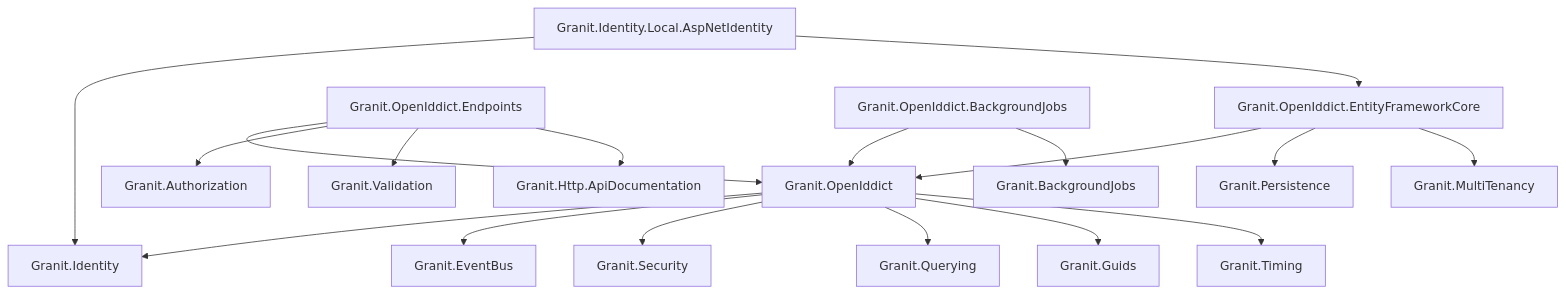
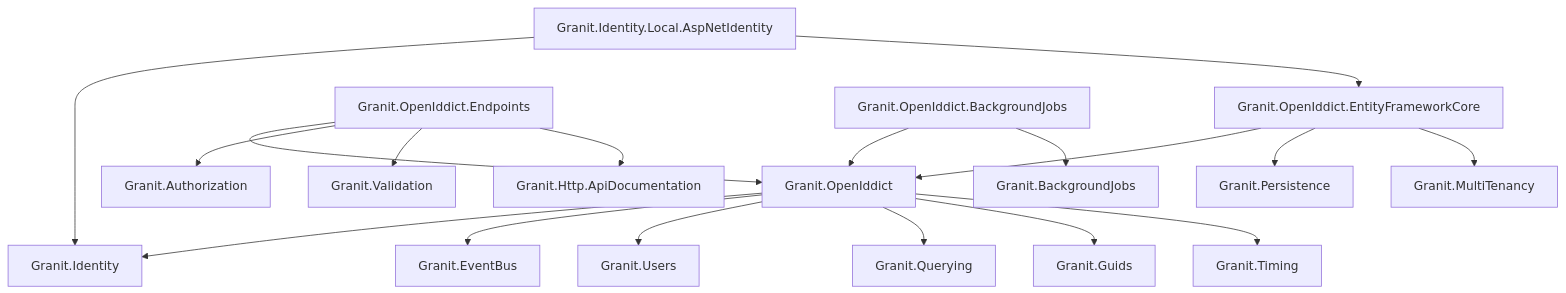
Before and after one commit to enraiz/granit-dotnet: the diagram in docs-site/src/content/docs/dotnet/security/openiddict/index.mdx, drawn with Mermaid. The commit also changed 2074 other files, not shown here.

````diff
--- a/docs-site/src/content/docs/dotnet/security/openiddict/index.mdx
+++ b/docs-site/src/content/docs/dotnet/security/openiddict/index.mdx
@@ -55,24 +55,24 @@
 ```mermaid
 graph TD
     OID[Granit.OpenIddict] --> IDEN[Granit.Identity]
     OID --> EVT[Granit.EventBus]
-    OID --> SEC[Granit.Security]
+    OID --> SEC[Granit.Users]
     OID --> QRY[Granit.Querying]
     OID --> GID[Granit.Guids]
     OID --> TIM[Granit.Timing]
 
     EFC[Granit.OpenIddict.EntityFrameworkCore] --> OID
     EFC --> PER[Granit.Persistence]
     EFC --> MT[Granit.MultiTenancy]
 
     IOID[Granit.Identity.Local.AspNetIdentity] --> IDEN
     IOID --> EFC
 
     EP[Granit.OpenIddict.Endpoints] --> OID
     EP --> AZ[Granit.Authorization]
     EP --> VAL[Granit.Validation]
     EP --> DOC[Granit.Http.ApiDocumentation]
 
     BG[Granit.OpenIddict.BackgroundJobs] --> OID
     BG --> BJ[Granit.BackgroundJobs]
 ```
````
